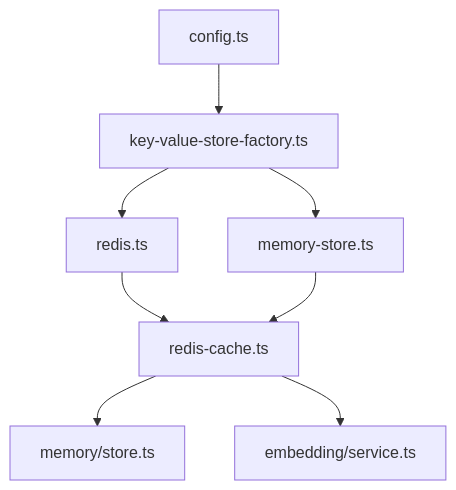
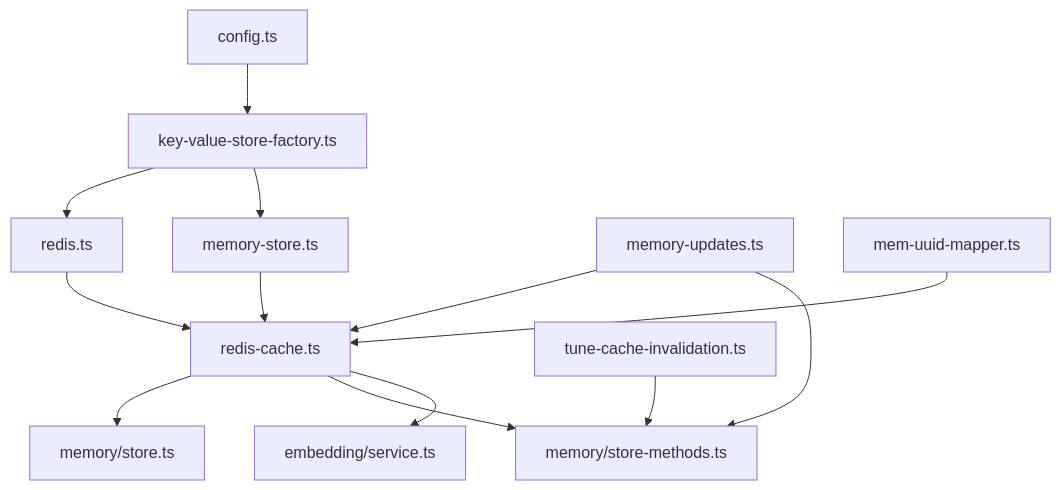
Before and after one commit to debian777/kairos-mcp: diagram 11 of 11 in .qoder/repowiki/en/content/Core Services/Cache Layer.md, drawn with Mermaid. The commit also changed other lines of this file and 16 other files, not shown here.

````diff
--- a/.qoder/repowiki/en/content/Core Services/Cache Layer.md
+++ b/.qoder/repowiki/en/content/Core Services/Cache Layer.md
@@ -395,10 +518,15 @@
 ```mermaid
 graph TB
 CFG["config.ts"] --> F["key-value-store-factory.ts"]
 F --> RS["redis.ts"]
 F --> MS["memory-store.ts"]
 RS --> RCS["redis-cache.ts"]
 MS --> RCS
 RCS --> MQS["memory/store.ts"]
+RCS --> MQSM["memory/store-methods.ts"]
 RCS --> EMB["embedding/service.ts"]
+TINV["tune-cache-invalidation.ts"] --> MQSM
+MEMUPD["memory-updates.ts"] --> RCS
+MEMUPD --> MQSM
+UUIDMAP["mem-uuid-mapper.ts"] --> RCS
 ```
````
